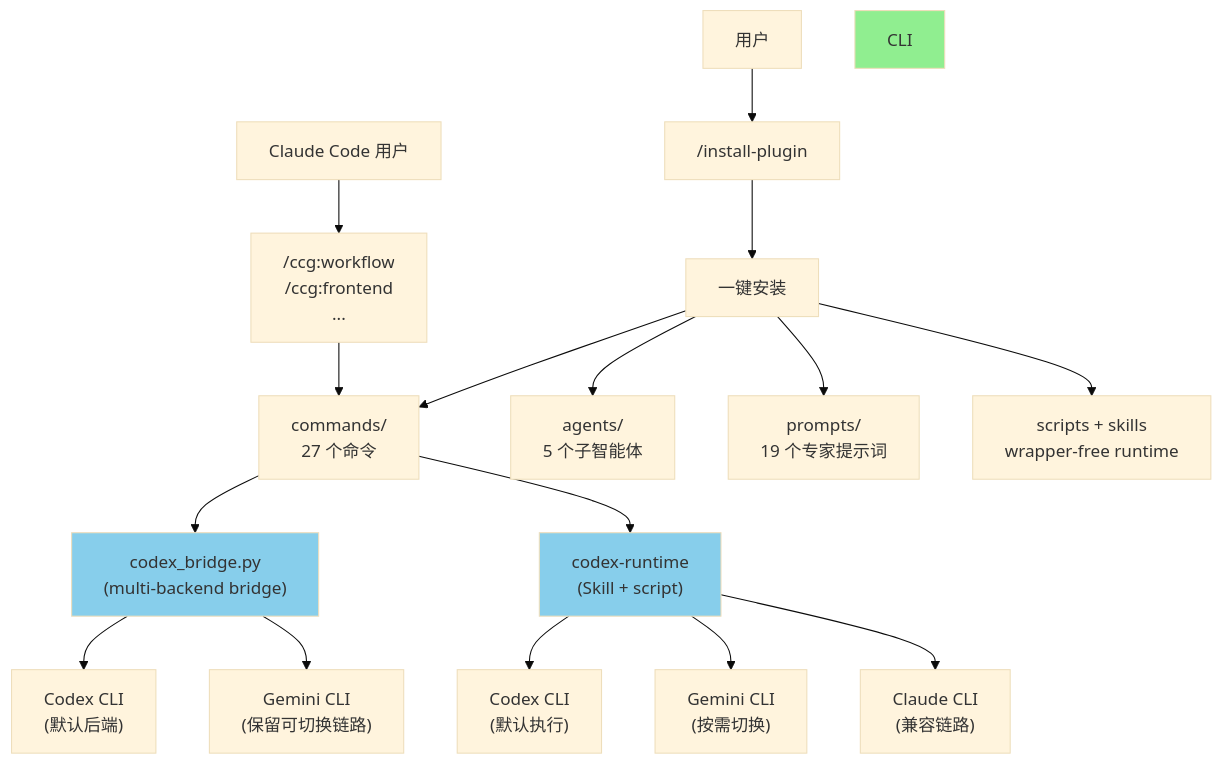
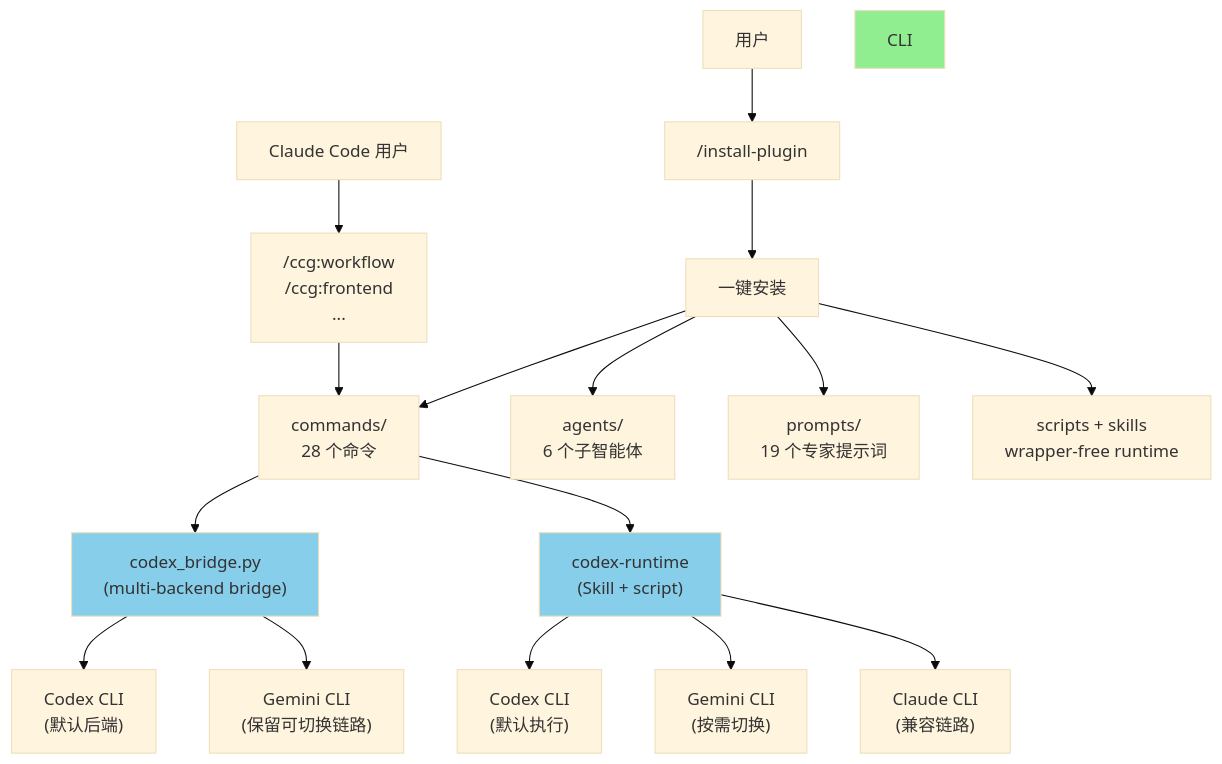
One commit to 13210541230/ccg-workflow changed the first of 2 diagrams in CLAUDE.md. Above: the diagram before and after it, drawn with Mermaid (base theme). The commit also changed other lines of this file and 2 other files, not shown here.

````diff
--- a/CLAUDE.md
+++ b/CLAUDE.md
@@ -124,25 +124,25 @@
 ```mermaid
 graph TD
     User["用户"] --> Plugin["/install-plugin"]
     Plugin --> Init["一键安装"]
 
-    Init --> Commands["commands/<br/>27 个命令"]
-    Init --> Agents["agents/<br/>5 个子智能体"]
+    Init --> Commands["commands/<br/>28 个命令"]
+    Init --> Agents["agents/<br/>6 个子智能体"]
     Init --> Prompts["prompts/<br/>19 个专家提示词"]
     Init --> Runtime["scripts + skills<br/>wrapper-free runtime"]
 
     User2["Claude Code 用户"] --> SlashCmd["/ccg:workflow<br/>/ccg:frontend<br/>..."]
     SlashCmd --> Commands
 
     Commands --> Bridge["codex_bridge.py<br/>(multi-backend bridge)"]
     Commands --> Skill["codex-runtime<br/>(Skill + script)"]
     Bridge --> Codex["Codex CLI<br/>(默认后端)"]
     Bridge --> Gemini["Gemini CLI<br/>(保留可切换链路)"]
     Skill --> Codex2["Codex CLI<br/>(默认执行)"]
     Skill --> Gemini2["Gemini CLI<br/>(按需切换)"]
     Skill --> Claude2["Claude CLI<br/>(兼容链路)"]
 
     style CLI fill:#90EE90
     style Bridge fill:#87CEEB
     style Skill fill:#87CEEB
 ```
````
